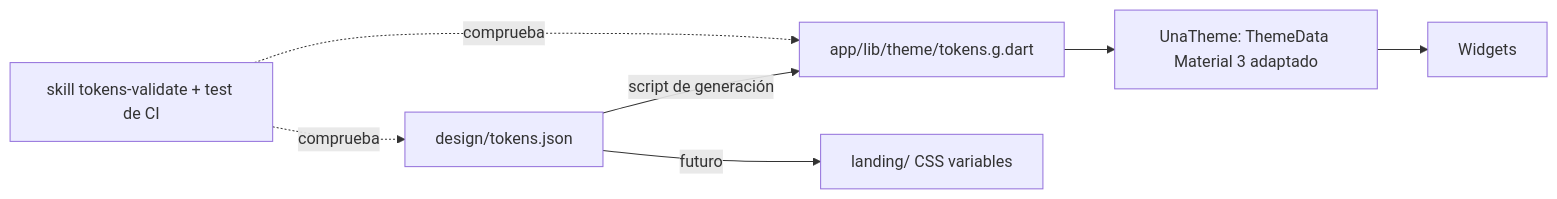
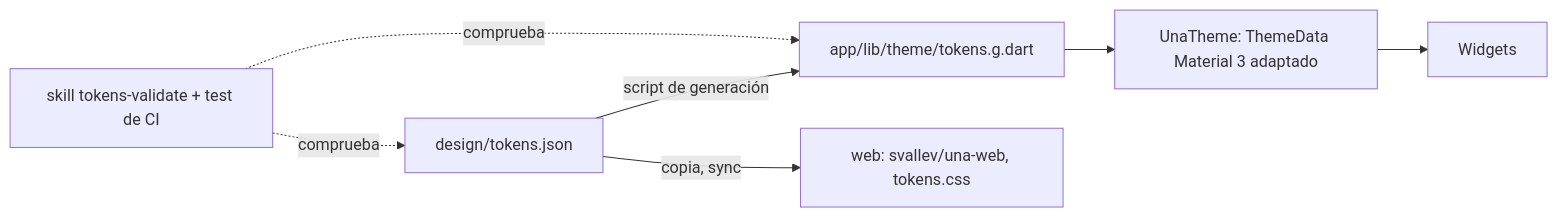
One commit to svallev/una changed the diagram in docs/design/tokens.md. Above: the diagram before and after it, drawn with Mermaid. The commit also changed other lines of this file and 115 other files, not shown here.

First line of the commit message:
chore: move the website to its own repository (svallev/una-web) (#98)

````diff
--- a/docs/design/tokens.md
+++ b/docs/design/tokens.md
@@ -8,9 +8,9 @@
 ```mermaid
 flowchart LR
   T[design/tokens.json] -->|script de generación| D[app/lib/theme/tokens.g.dart]
   D --> TH[UnaTheme: ThemeData Material 3 adaptado]
   TH --> W[Widgets]
-  T -->|futuro| L[landing/ CSS variables]
+  T -->|copia, sync| L[web: svallev/una-web, tokens.css]
   V[skill tokens-validate + test de CI] -. comprueba .-> T
   V -. comprueba .-> D
 ```
````
